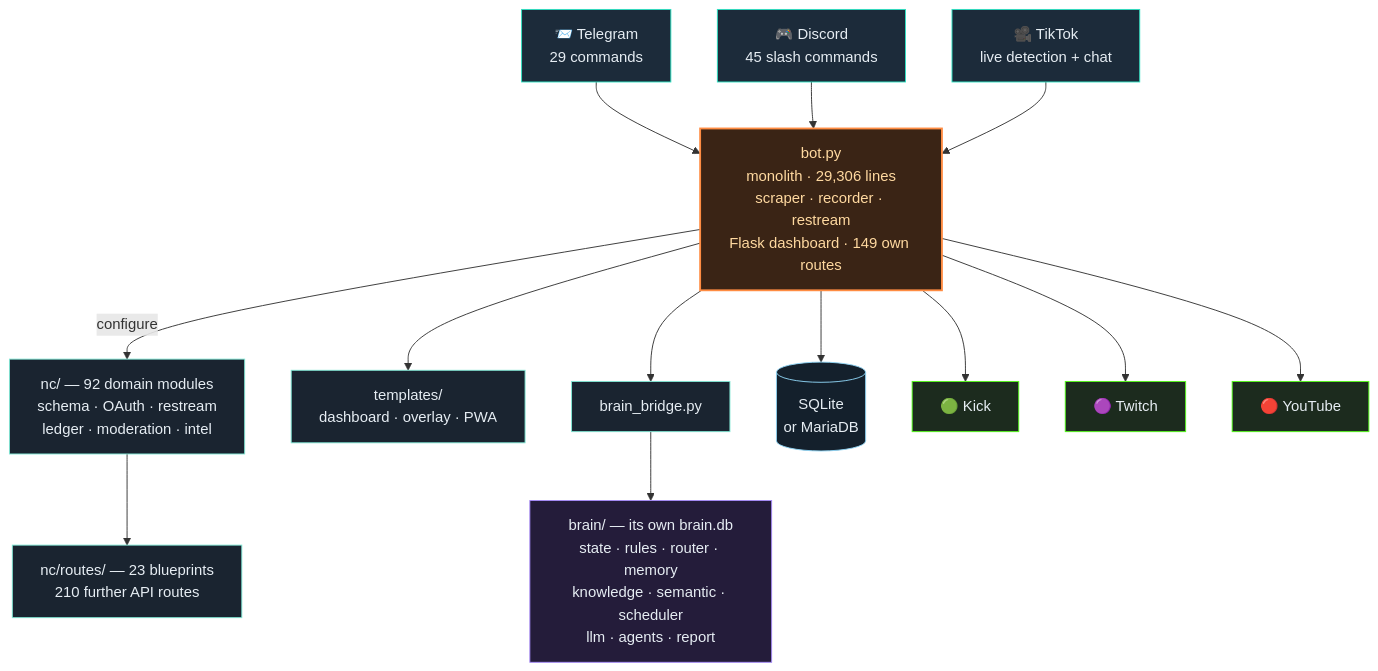
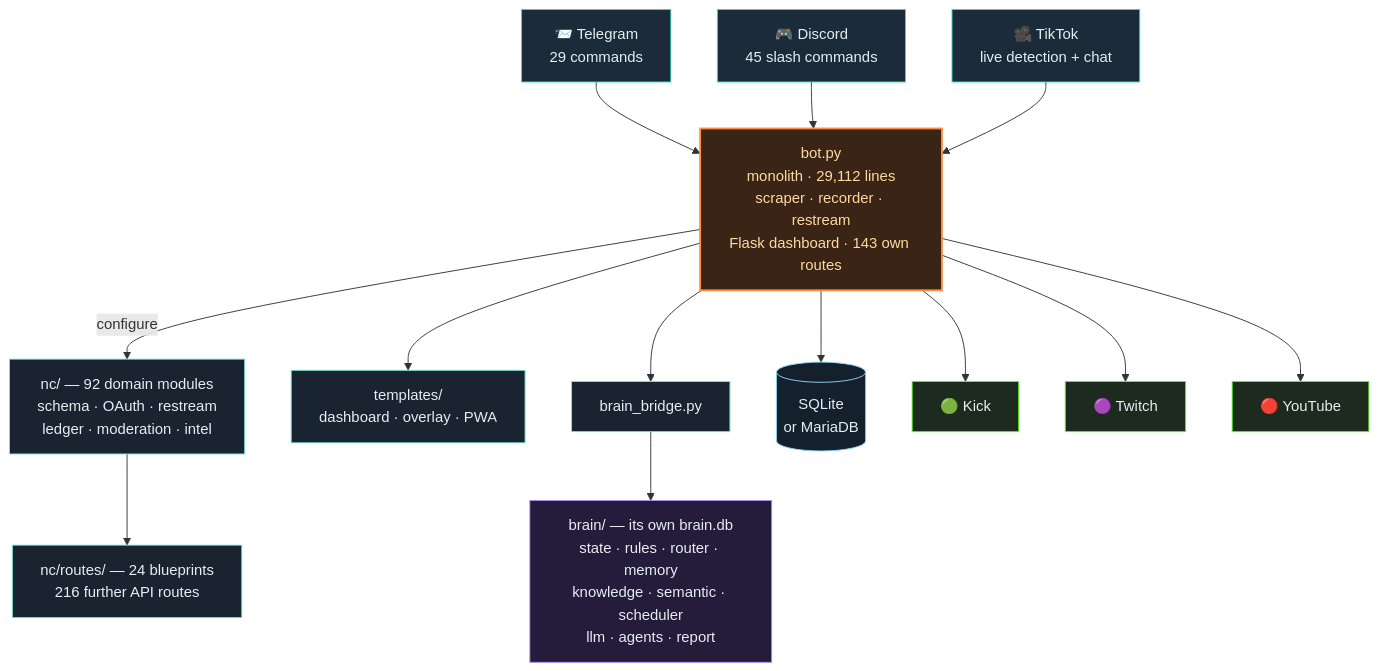
Before and after one commit to itsamemedev/Telegram-Stream-Info-Bot: the third of 4 diagrams in README.en.md, drawn with Mermaid. The commit also changed other lines of this file and 12 other files, not shown here.

````diff
--- a/README.en.md
+++ b/README.en.md
@@ -190,30 +190,30 @@
 ```mermaid
 flowchart TB
     TG["📨 Telegram<br/>29 commands"]:::ein
     DC["🎮 Discord<br/>45 slash commands"]:::ein
     TT["🎥 TikTok<br/>live detection + chat"]:::ein
 
     TG --> BOT
     DC --> BOT
     TT --> BOT
 
-    BOT["bot.py<br/>monolith · 29,306 lines<br/>scraper · recorder · restream<br/>Flask dashboard · 149 own routes"]:::core
+    BOT["bot.py<br/>monolith · 29,112 lines<br/>scraper · recorder · restream<br/>Flask dashboard · 143 own routes"]:::core
 
     BOT -->|configure| NC["nc/ — 92 domain modules<br/>schema · OAuth · restream<br/>ledger · moderation · intel"]:::lib
-    NC --> RT["nc/routes/ — 23 blueprints<br/>210 further API routes"]:::lib
+    NC --> RT["nc/routes/ — 24 blueprints<br/>216 further API routes"]:::lib
     BOT --> TPL["templates/<br/>dashboard · overlay · PWA"]:::lib
     BOT --> BR["brain_bridge.py"]:::lib
     BR --> BRAIN["brain/ — its own brain.db<br/>state · rules · router · memory<br/>knowledge · semantic · scheduler<br/>llm · agents · report"]:::brain
     BOT --> DB[("SQLite<br/>or MariaDB")]:::db
 
     BOT --> KICK["🟢 Kick"]:::out
     BOT --> TW["🟣 Twitch"]:::out
     BOT --> YT["🔴 YouTube"]:::out
 
     classDef ein fill:#1c2b3a,stroke:#2de1c2,color:#e6edf3
     classDef core fill:#3a2415,stroke:#ff8c42,stroke-width:2px,color:#ffd9a0
     classDef lib fill:#1a2430,stroke:#7fe7d4,color:#e6edf3
     classDef brain fill:#241c3a,stroke:#a78bfa,color:#e6edf3
     classDef db fill:#14202c,stroke:#8fd3f4,color:#e6edf3
     classDef out fill:#1c2b1e,stroke:#53fc18,color:#e6edf3
 ```
````
